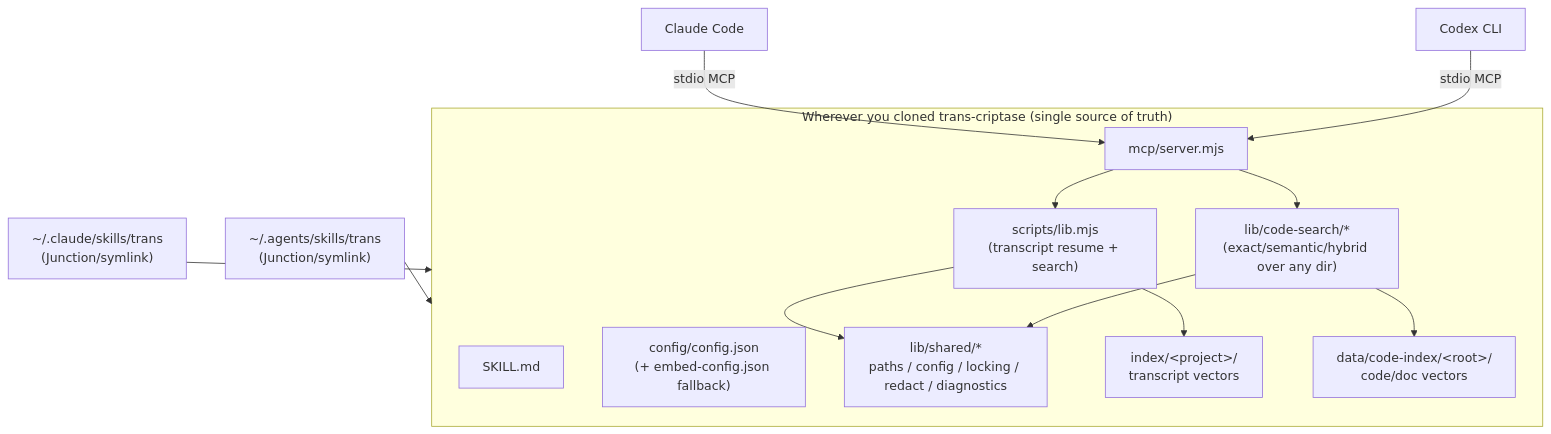
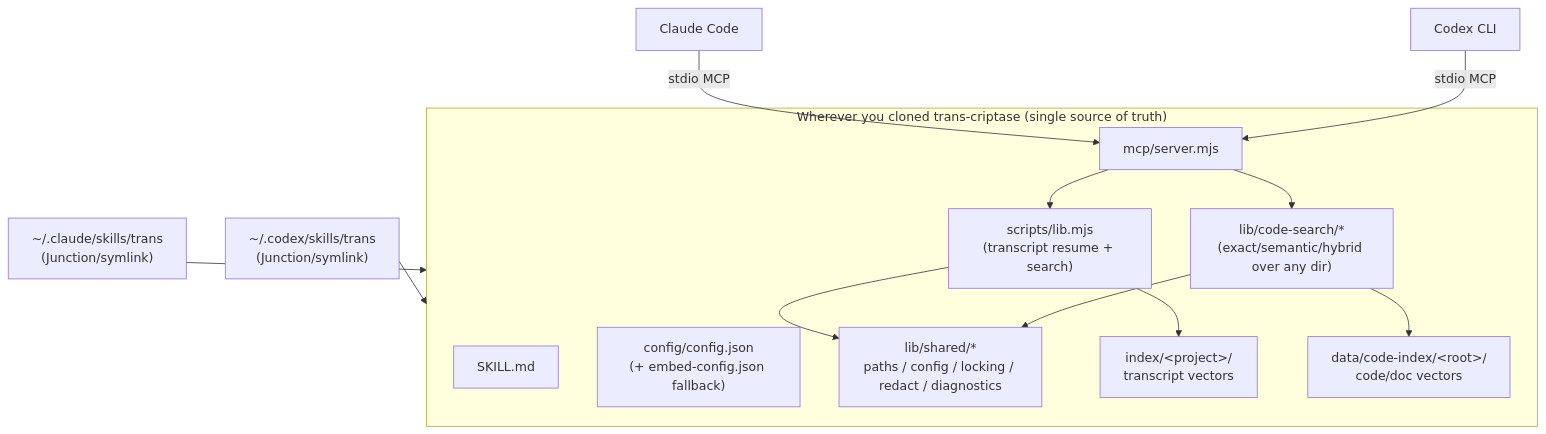
The diagram in skills/agent-trans-criptase/docs/architecture.md (five-five0909/Fifine-skills), drawn with Mermaid before and after one commit. The commit also changed 13 other files, not shown here.

````diff
--- a/skills/agent-trans-criptase/docs/architecture.md
+++ b/skills/agent-trans-criptase/docs/architecture.md
@@ -5,26 +5,26 @@
 ```mermaid
 flowchart TB
     subgraph Repo["Wherever you cloned trans-criptase (single source of truth)"]
         SKILL[SKILL.md]
         CFG["config/config.json\n(+ embed-config.json fallback)"]
         MCP[mcp/server.mjs]
         LIBT["scripts/lib.mjs\n(transcript resume + search)"]
         LIBC["lib/code-search/*\n(exact/semantic/hybrid over any dir)"]
         LIBS["lib/shared/*\npaths / config / locking / redact / diagnostics"]
         DATAT["index/&lt;project&gt;/\ntranscript vectors"]
         DATAC["data/code-index/&lt;root&gt;/\ncode/doc vectors"]
     end
 
     ClaudeLink["~/.claude/skills/trans\n(Junction/symlink)"] --> Repo
-    CodexLink["~/.agents/skills/trans\n(Junction/symlink)"] --> Repo
+    CodexLink["~/.codex/skills/trans\n(Junction/symlink)"] --> Repo
 
     ClaudeCLI[Claude Code] -- stdio MCP --> MCP
     CodexCLI[Codex CLI] -- stdio MCP --> MCP
 
     MCP --> LIBT
     MCP --> LIBC
     LIBT --> LIBS
     LIBC --> LIBS
     LIBT --> DATAT
     LIBC --> DATAC
 ```
````
